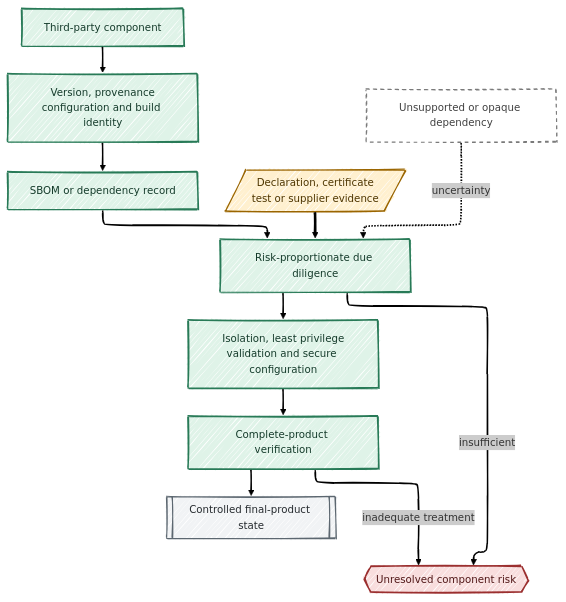
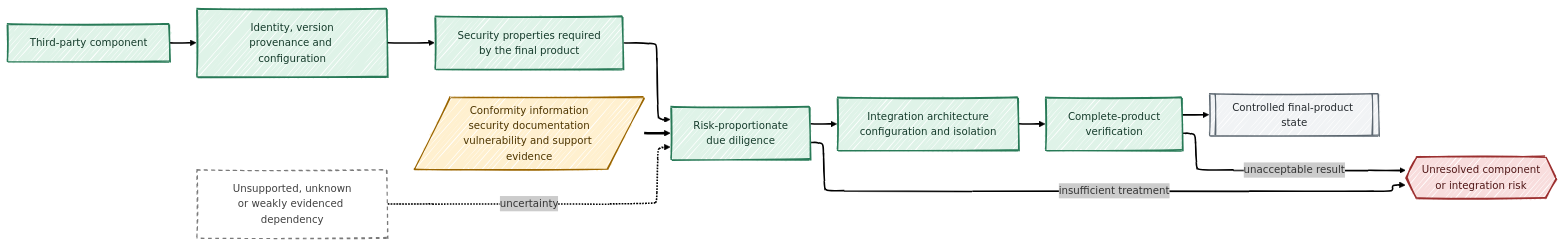
The eighth of 18 diagrams in longforms/cyber-resilience-act-the-new-product-security-baseline/index.qmd (antomon/antomon.github.io), drawn with Mermaid before and after one commit. The commit also changed other lines of this file and 54 other files, not shown here.

````diff
--- a/longforms/cyber-resilience-act-the-new-product-security-baseline/index.qmd
+++ b/longforms/cyber-resilience-act-the-new-product-security-baseline/index.qmd
@@ -553,36 +1340,37 @@
 ```{mermaid}
 %%| label: fig-cyber-resilience-act-the-new-product-security-baseline-component-assurance
-%%| fig-cap: "Component evidence supports but does not replace complete-product risk assessment and integration verification."
-%%| fig-alt: "A third-party component passes through identity and provenance control, an SBOM or dependency record, due diligence, integration controls, and complete-product testing. An amber component certificate or declaration supports due diligence. An unsupported or opaque dependency enters as a dashed contextual risk. Insufficient evidence or mitigation leads to a red unresolved-risk outcome."
+%%| fig-cap: "Third-party component evidence informs a risk-based integration decision but does not replace the cybersecurity assessment of the complete product."
+%%| fig-alt: "A third-party component first receives identity, version, provenance and configuration control. The final product's security requirements determine what properties are required from the component. Risk-proportionate due diligence uses supplier documentation, conformity evidence, vulnerability history, support information and testing. Integration controls and complete-product verification follow. A certificate or declaration supports the assessment but does not bypass it; inadequate evidence or untreated integration risk produces an unresolved-risk outcome."
 %%| fig-align: center
 %%{init: {"theme": "neo", "look": "handDrawn", "layout": "elk"}}%%
-flowchart TD
+flowchart LR
     COMPONENT[Third-party component]:::product
-    ID[Version, provenance<br/>configuration and build identity]:::product
-    RECORD[SBOM or dependency record]:::product
-    DUE[Risk-proportionate due diligence]:::product
-    CONTROL[Isolation, least privilege<br/>validation and secure configuration]:::product
-    TEST[Complete-product verification]:::product
+    ID[Identity, version<br/>provenance and configuration]:::product
+    NEED[Security properties required<br/>by the final product]:::product
+    DUE[Risk-proportionate<br/>due diligence]:::product
+    CONTROL[Integration architecture<br/>configuration and isolation]:::product
+    TEST[Complete-product<br/>verification]:::product
     PRODUCT[[Controlled final-product state]]:::system
 
-    EVIDENCE[/Declaration, certificate<br/>test or supplier evidence/]:::overlay
-    OPAQUE[Unsupported or opaque dependency]:::context
-    FAILURE{{Unresolved component risk}}:::enforcement
+    EVIDENCE[/Conformity information<br/>security documentation<br/>vulnerability and support evidence/]:::overlay
+    OPAQUE[Unsupported, unknown<br/>or weakly evidenced dependency]:::context
+    FAILURE{{Unresolved component<br/>or integration risk}}:::enforcement
 
     COMPONENT --> ID
-    ID --> RECORD
-    RECORD --> DUE
+    ID --> NEED
+    NEED --> DUE
+    EVIDENCE ==> DUE
+    OPAQUE -. uncertainty .-> DUE
     DUE --> CONTROL
     CONTROL --> TEST
     TEST --> PRODUCT
-    EVIDENCE ==> DUE
-    OPAQUE -. uncertainty .-> DUE
-    DUE -- insufficient --> FAILURE
-    TEST -- inadequate treatment --> FAILURE
+
+    DUE -- insufficient treatment --> FAILURE
+    TEST -- unacceptable result --> FAILURE
 
     classDef product fill:#dff3e8,stroke:#287a57,stroke-width:2px,color:#153b2b;
     classDef overlay fill:#fff0cf,stroke:#9a6500,stroke-width:1.5px,color:#4d3500;
     classDef system fill:#f1f3f5,stroke:#5c6770,stroke-width:1.5px,color:#252a2e;
     classDef enforcement fill:#f8dddd,stroke:#9b2f2f,stroke-width:2px,color:#501717;
     classDef context fill:#ffffff,stroke:#7a7a7a,stroke-width:1.5px,stroke-dasharray:5 5,color:#404040;
 ```
````
